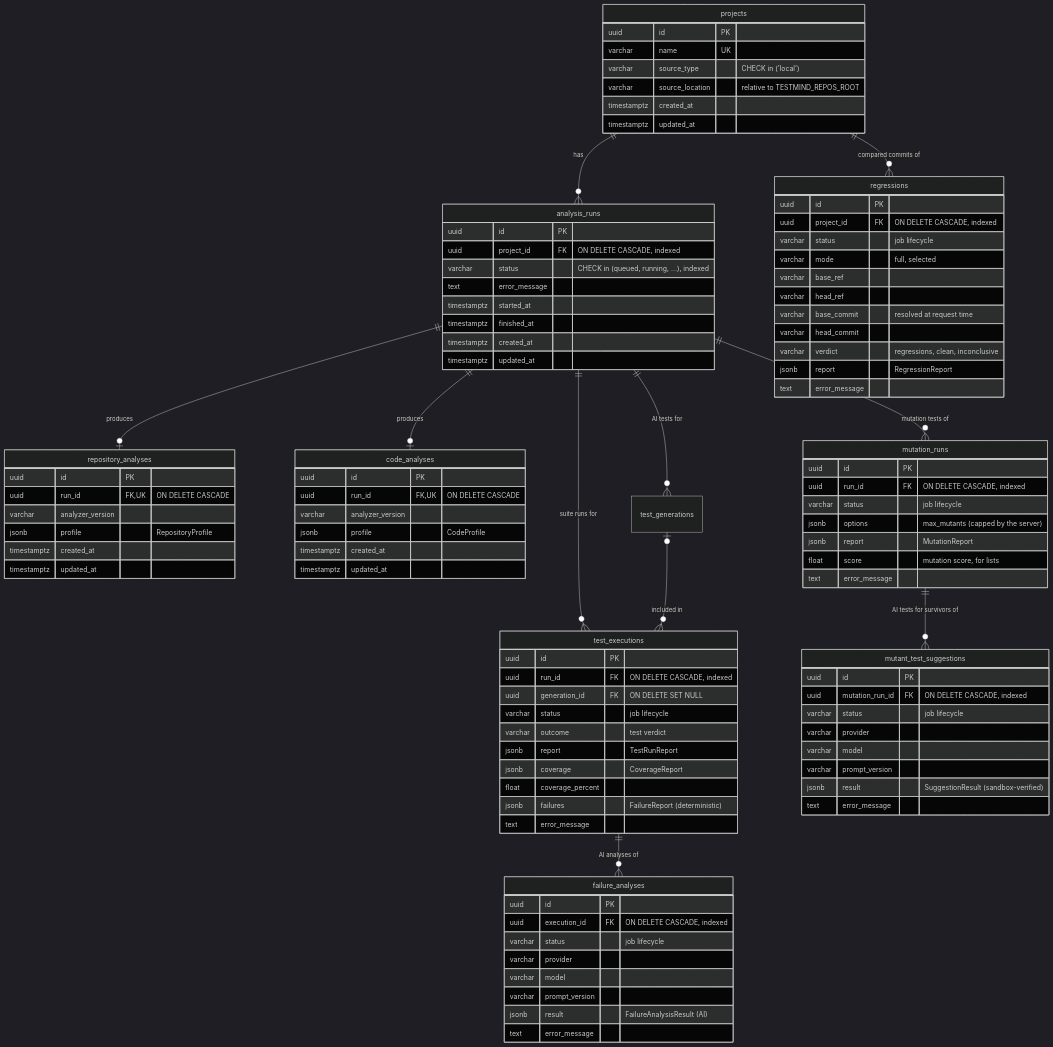
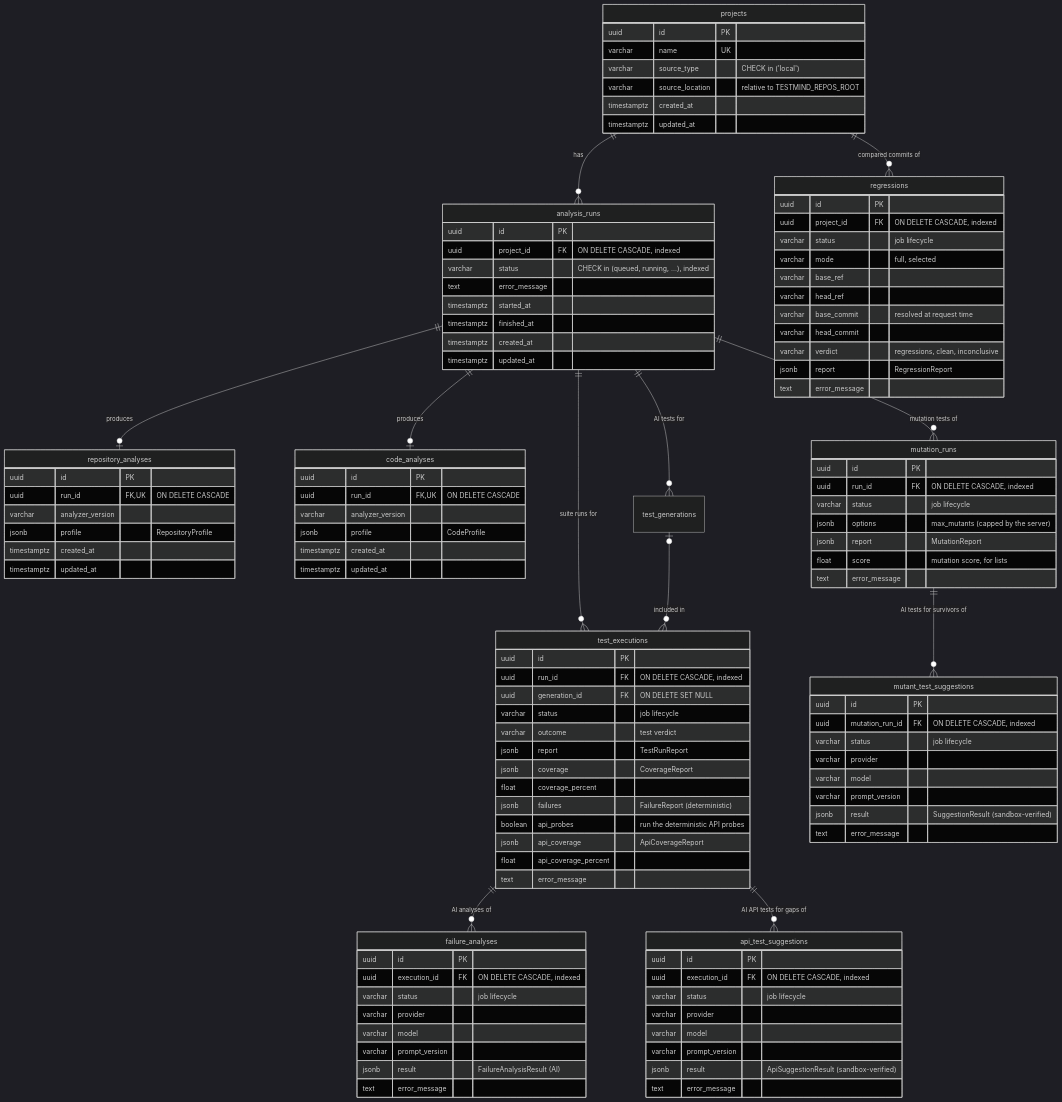
One commit to AAli-gh/AI-Powered-Software-Testing-Platform changed the fourth of 4 diagrams in docs/architecture.md. Above: the diagram before and after it, drawn with Mermaid (dark theme). The commit also changed other lines of this file and 8 other files, not shown here.

```diff
--- a/docs/architecture.md
+++ b/docs/architecture.md
@@ -139,6 +139,7 @@
     projects ||--o{ regressions : "compared commits of"
     analysis_runs ||--o{ mutation_runs : "mutation tests of"
     mutation_runs ||--o{ mutant_test_suggestions : "AI tests for survivors of"
+    test_executions ||--o{ api_test_suggestions : "AI API tests for gaps of"
     projects {
         uuid id PK
         varchar name UK
@@ -183,6 +184,19 @@
         jsonb coverage "CoverageReport"
         float coverage_percent
         jsonb failures "FailureReport (deterministic)"
+        boolean api_probes "run the deterministic API probes"
+        jsonb api_coverage "ApiCoverageReport"
+        float api_coverage_percent
+        text error_message
+    }
+    api_test_suggestions {
+        uuid id PK
+        uuid execution_id FK "ON DELETE CASCADE, indexed"
+        varchar status "job lifecycle"
+        varchar provider
+        varchar model
+        varchar prompt_version
+        jsonb result "ApiSuggestionResult (sandbox-verified)"
         text error_message
     }
     regressions {
```
